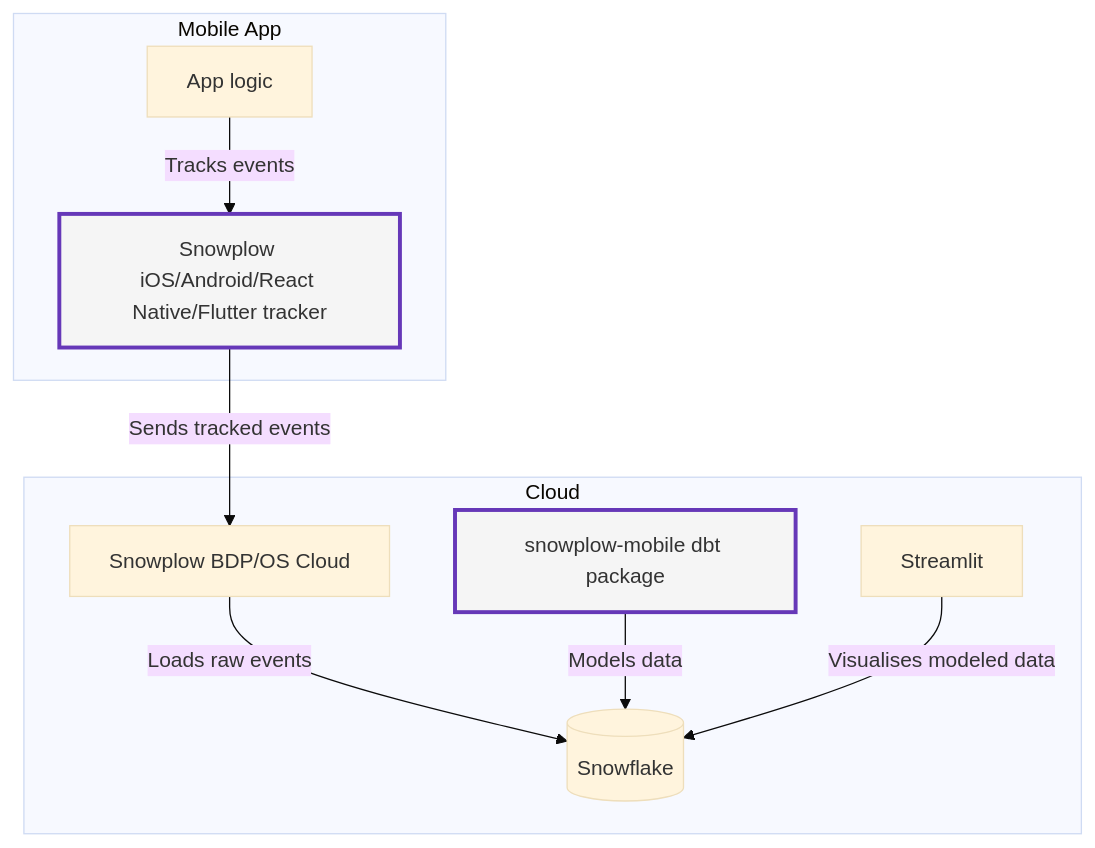
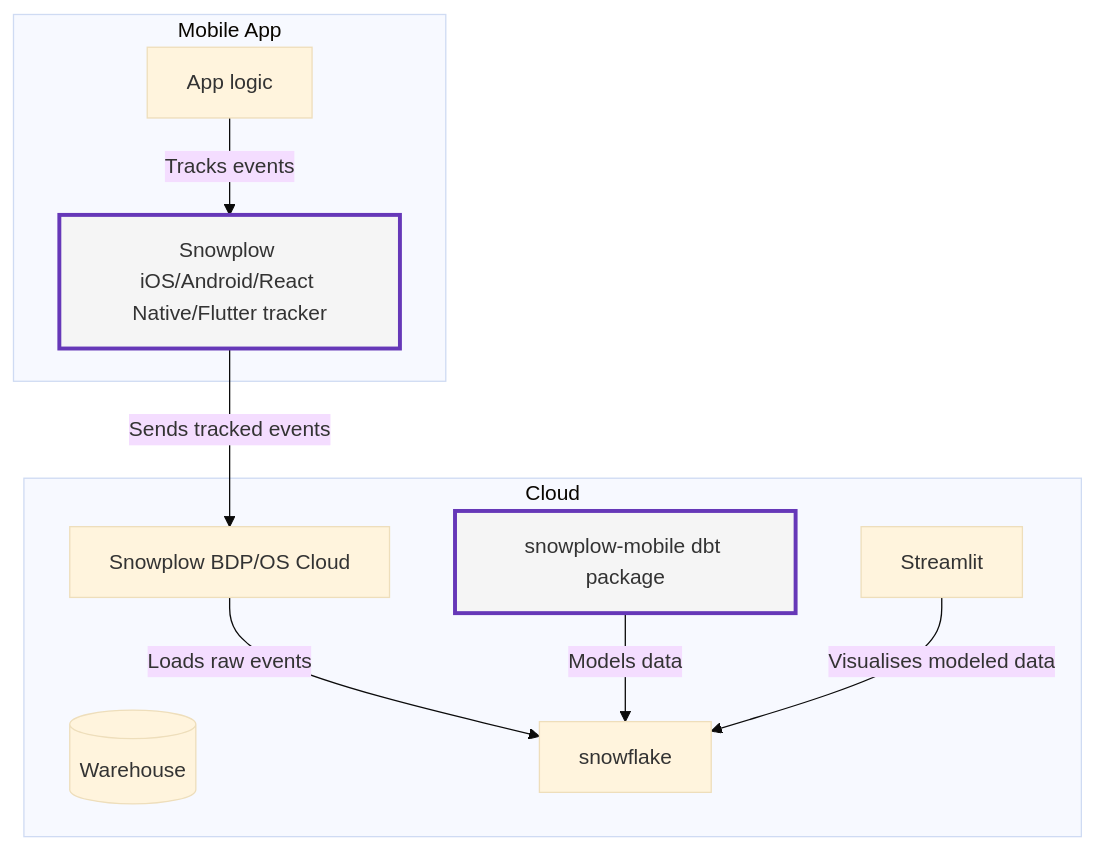
Before and after one commit to snowplow/advanced-analytics-mobile-accelerator: the first of 2 diagrams in content/_index.md, drawn with Mermaid (base theme). The commit also changed other lines of this file and 5 other files, not shown here.

```diff
--- a/content/_index.md
+++ b/content/_index.md
@@ -36,30 +36,30 @@
 {{<mermaid>}}
 flowchart TB
 
 subgraph mobileApp[Mobile App]
     appCode[App logic]
     tracker[Snowplow iOS/Android/React Native/Flutter tracker]
 
     appCode -- "Tracks events" --> tracker
 
     style tracker fill:#f5f5f5,stroke:#6638B8,stroke-width:3px
     click tracker "https://docs.snowplow.io/docs/collecting-data/collecting-from-own-applications/mobile-trackers/installation-and-set-up/" "Open tracker docs" _blank
 end
 
 subgraph cloud[Cloud]
     snowplow[Snowplow BDP/OS Cloud]
-    snowflake[(Snowflake)]
+    arehouse[(Warehouse)]
     dbt[snowplow-mobile dbt package]
     streamlit[Streamlit]
 
     snowplow -- "Loads raw events" --> snowflake
     dbt -- "Models data" --> snowflake
     streamlit -- "Visualises modeled data" --> snowflake
 
     style dbt fill:#f5f5f5,stroke:#6638B8,stroke-width:3px
     click dbt "https://docs.snowplowanalytics.com/docs/modeling-your-data/the-snowplow-mobile-data-model/dbt-mobile-data-model/" "Open dbt package" _blank
     click snowplow "https://snowplow.io/snowplow-bdp/" "Snowplow BDP" _blank
 end
 
 tracker -- "Sends tracked events" --> snowplow
 {{</mermaid>}}
```
